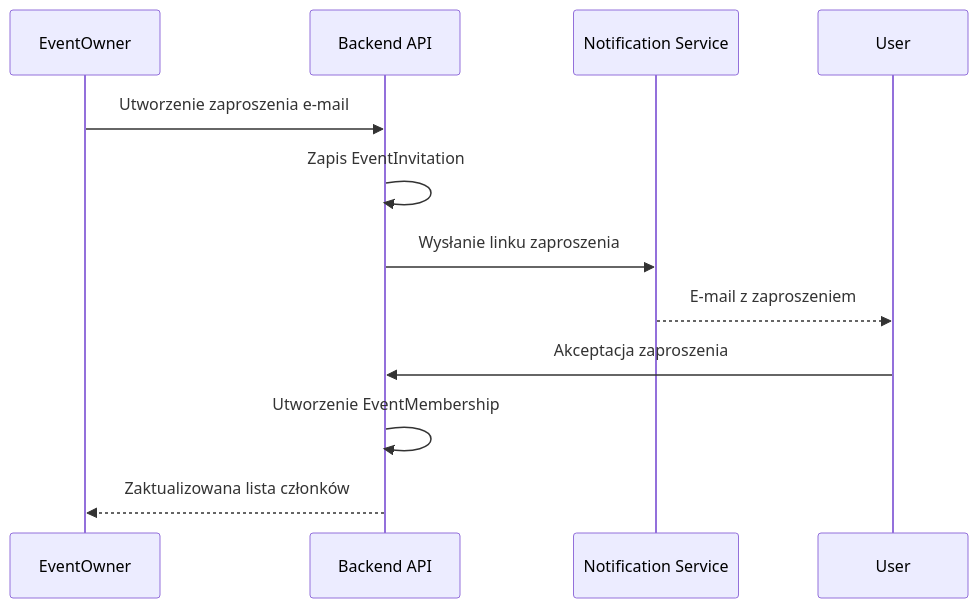
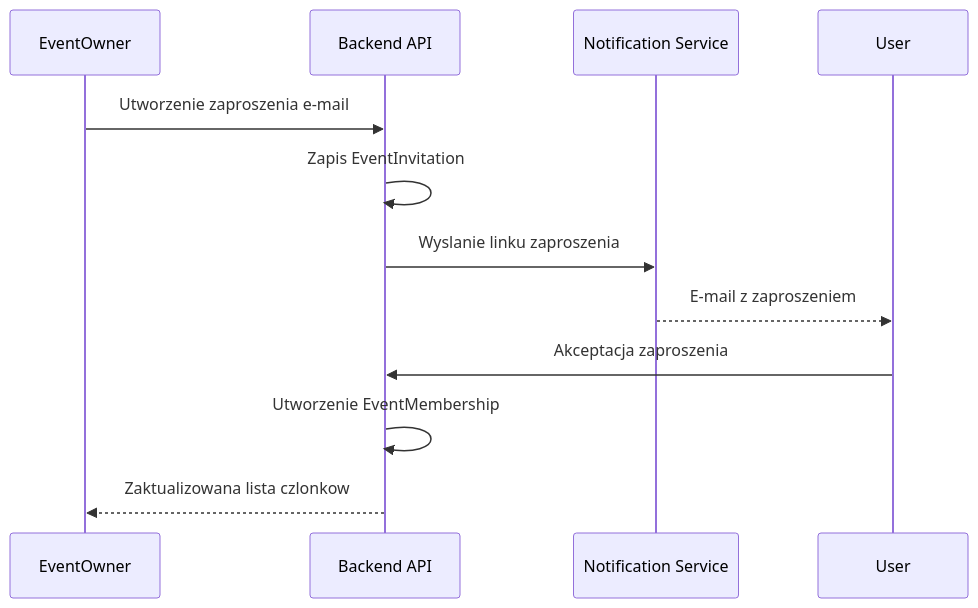
The diagram in docs/product/USER_JOURNEYS.md (dom-lud/WeedingGalery), drawn with Mermaid before and after one commit. The commit also changed other lines of this file and 97 other files, not shown here.

````diff
--- a/docs/product/USER_JOURNEYS.md
+++ b/docs/product/USER_JOURNEYS.md
@@ -36,15 +45,15 @@
 ```mermaid
 sequenceDiagram
     participant Owner as EventOwner
     participant API as Backend API
     participant Mail as Notification Service
     participant Manager as User
 
     Owner->>API: Utworzenie zaproszenia e-mail
     API->>API: Zapis EventInvitation
-    API->>Mail: Wysłanie linku zaproszenia
+    API->>Mail: Wyslanie linku zaproszenia
     Mail-->>Manager: E-mail z zaproszeniem
     Manager->>API: Akceptacja zaproszenia
     API->>API: Utworzenie EventMembership
-    API-->>Owner: Zaktualizowana lista członków
+    API-->>Owner: Zaktualizowana lista czlonkow
 ```
````
